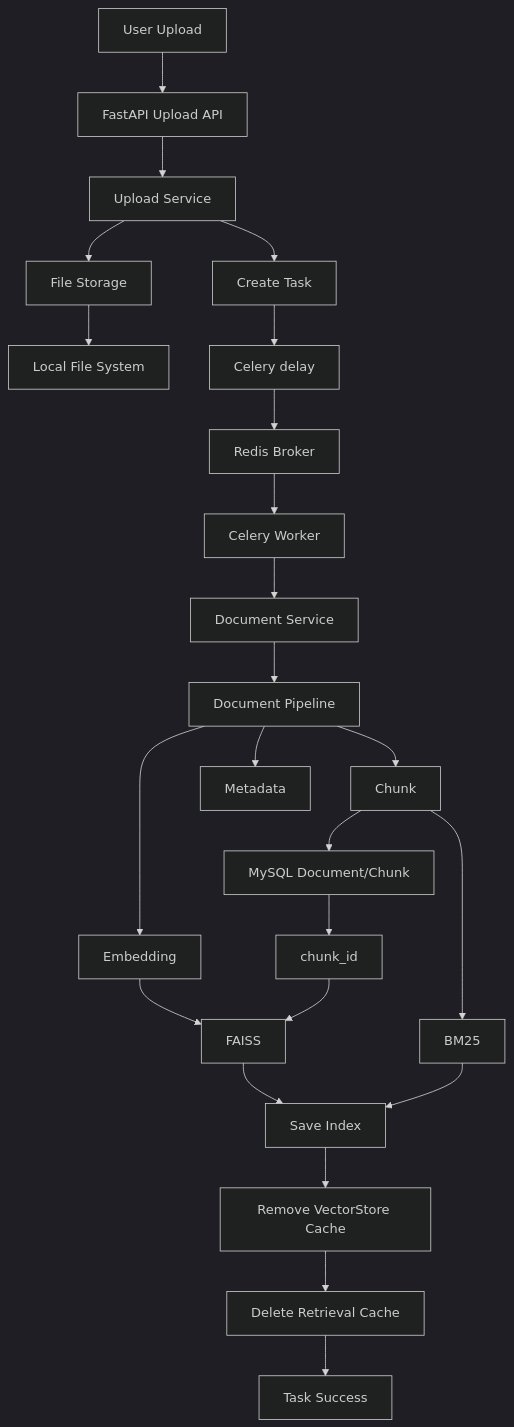
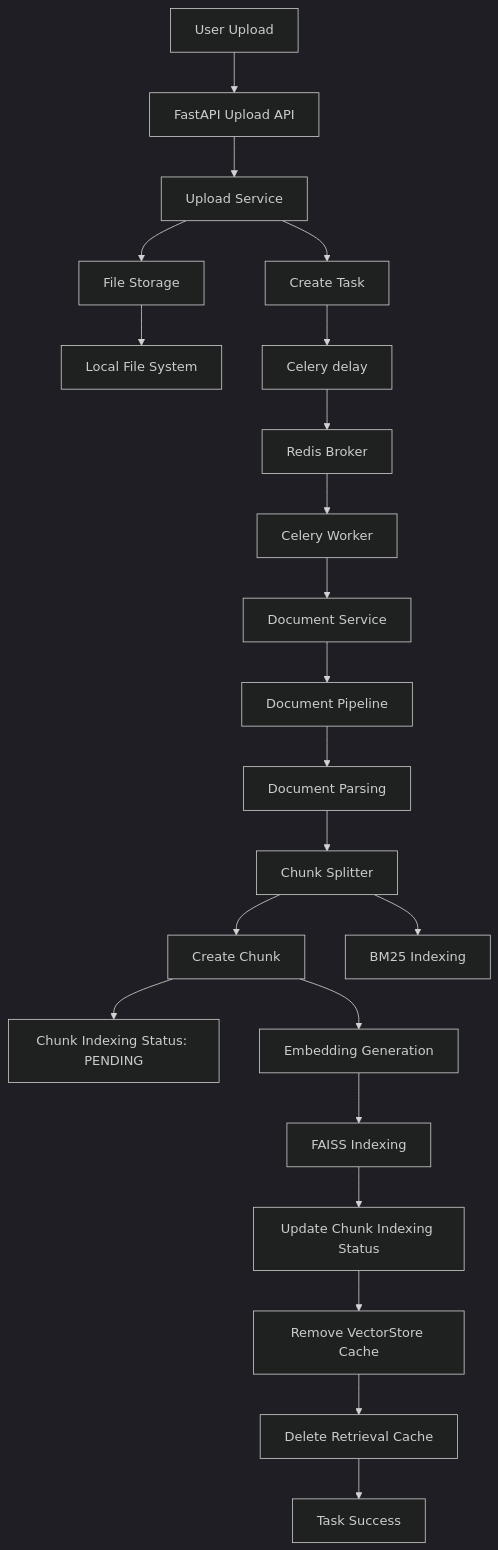
One commit to yzheAI/Multi-Knowledge-Base-RAG-System changed the diagram in docs/blog/build-rag-from-zero.md. Above: the diagram before and after it, drawn with Mermaid (dark theme). The commit also changed other lines of this file and 8 other files, not shown here.

Commit message:
docs: improve RAG architecture and task documentation

````diff
--- a/docs/blog/build-rag-from-zero.md
+++ b/docs/blog/build-rag-from-zero.md
@@ -96,44 +128,41 @@
 ```mermaid
 flowchart TD
 
 A[User Upload] --> B[FastAPI Upload API]
 
 B --> C[Upload Service]
 
 C --> D[File Storage]
 D --> E[Local File System]
 
 C --> F[Create Task]
 F --> G[Celery delay]
 
 G --> H[Redis Broker]
 
 H --> I[Celery Worker]
 
 I --> J[Document Service]
 
 J --> K[Document Pipeline]
 
-K --> L[Chunk]
-K --> M[Metadata]
-K --> N[Embedding]
+K --> L[Document Parsing]
+L --> M[Chunk Splitter]
 
-L --> O[MySQL Document/Chunk]
+M --> N[Create Chunk]
+N --> O[Chunk Indexing Status: PENDING]
 
-O --> P[chunk_id]
+N --> P[Embedding Generation]
 
-N --> Q[FAISS]
+P --> Q[FAISS Indexing]
 
-P --> Q
+Q --> R[Update Chunk Indexing Status]
 
-L --> R[BM25]
+M --> S[BM25 Indexing]
 
-Q --> S[Save Index]
-R --> S
-
-S --> T[Remove VectorStore Cache]
+R --> T[Remove VectorStore Cache]
 
 T --> U[Delete Retrieval Cache]
 
 U --> V[Task Success]
 ```
````
